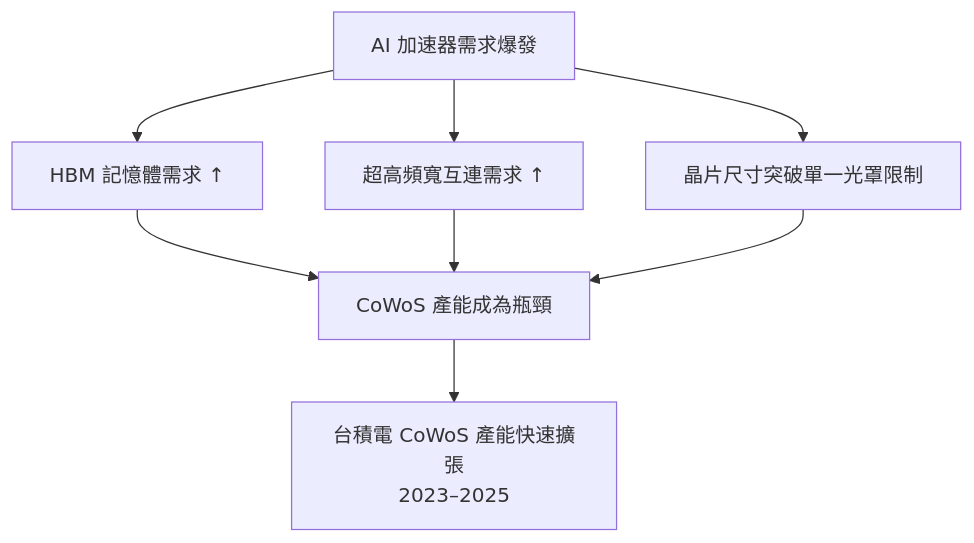
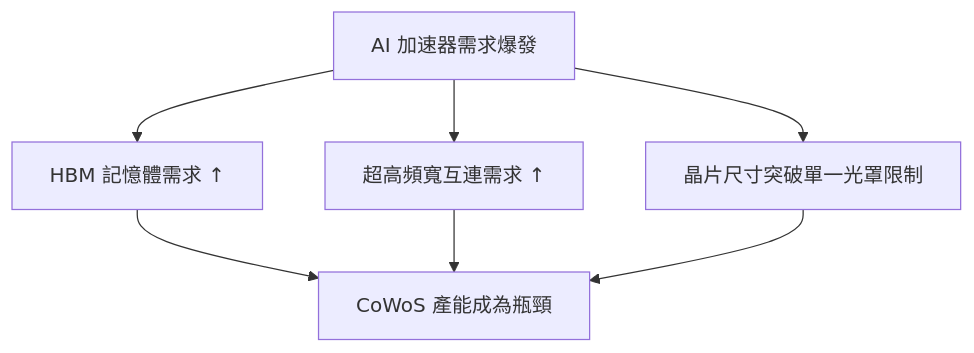
One commit to wizardhsiehcom/book changed the third of 3 diagrams in docs/tsmc/05-advanced-packaging.md. Above: the diagram before and after it, drawn with Mermaid. The commit also changed other lines of this file and 1 other file, not shown here.

Commit message:
docs(tsmc,nvidia): 05 章補來源並修正 3DFabric 分類；Google TPU 推測改用查到的事實

````diff
--- a/docs/tsmc/05-advanced-packaging.md
+++ b/docs/tsmc/05-advanced-packaging.md
@@ -75,11 +71,10 @@
 ```mermaid
 flowchart TD
     AI["AI 加速器需求爆發"]
     AI --> HBM["HBM 記憶體需求 ↑"]
     AI --> BW["超高頻寬互連需求 ↑"]
     AI --> SIZE["晶片尺寸突破單一光罩限制"]
     HBM --> COWOS["CoWoS 產能成為瓶頸"]
     BW --> COWOS
     SIZE --> COWOS
-    COWOS --> TSMC["台積電 CoWoS 產能快速擴張<br/>2023–2025"]
 ```
````
